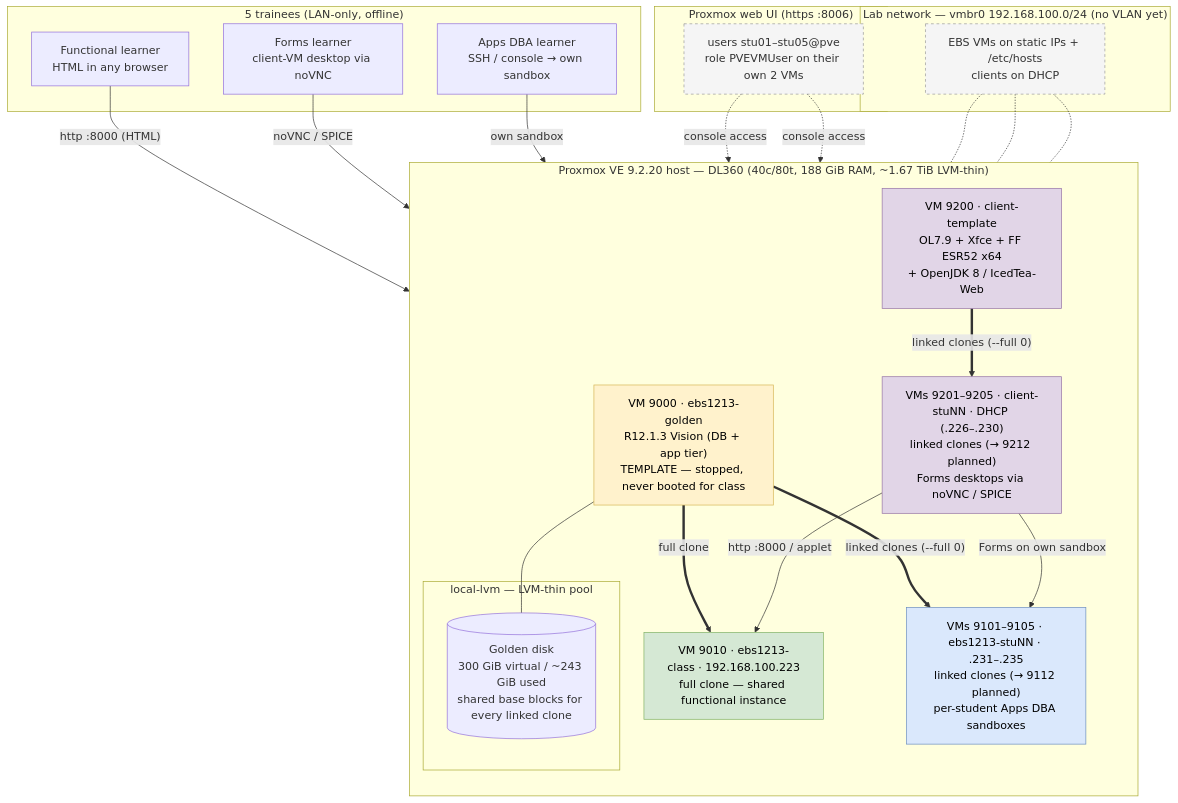
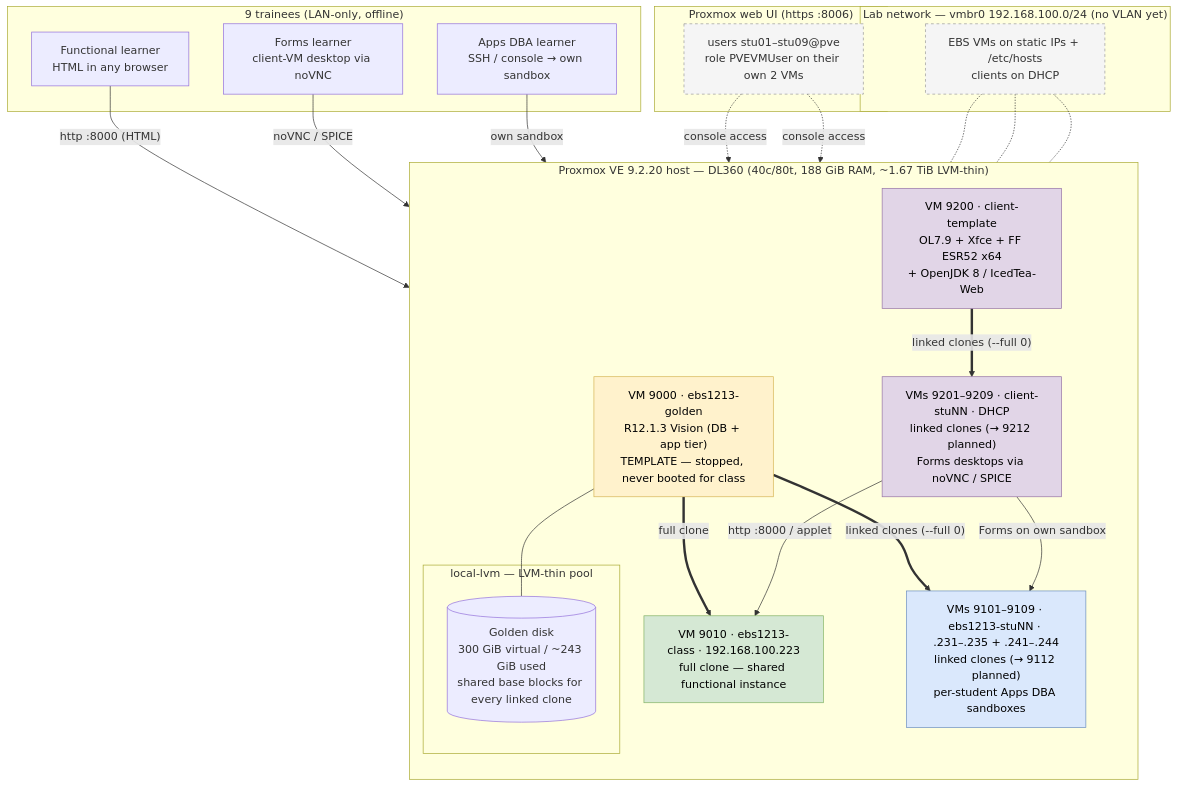
The diagram in README.md (CodelineAtyab/OracleEBSLocalHosting), drawn with Mermaid before and after one commit. The commit also changed other lines of this file and 20 other files, not shown here.

````diff
--- a/README.md
+++ b/README.md
@@ -63,58 +63,58 @@
 ```mermaid
 flowchart TB
     subgraph HOST["Proxmox VE 9.2.20 host — DL360 (40c/80t, 188 GiB RAM, ~1.67 TiB LVM-thin)"]
         direction TB
 
         subgraph STORE["local-lvm — LVM-thin pool"]
             GOLDDISK[("Golden disk<br/>300 GiB virtual / ~243 GiB used<br/>shared base blocks for every linked clone")]
         end
 
         GOLDEN["VM 9000 · ebs1213-golden<br/>R12.1.3 Vision (DB + app tier)<br/>TEMPLATE — stopped, never booted for class"]
         GOLDEN --- GOLDDISK
 
         CLASS["VM 9010 · ebs1213-class · 192.168.100.223<br/>full clone — shared functional instance"]
-        EBSBOX["VMs 9101–9105 · ebs1213-stuNN · .231–.235<br/>linked clones (→ 9112 planned)<br/>per-student Apps DBA sandboxes"]
+        EBSBOX["VMs 9101–9109 · ebs1213-stuNN · .231–.235 + .241–.244<br/>linked clones (→ 9112 planned)<br/>per-student Apps DBA sandboxes"]
         CTMPL["VM 9200 · client-template<br/>OL7.9 + Xfce + FF ESR52 x64<br/>+ OpenJDK 8 / IcedTea-Web"]
-        CLIENT["VMs 9201–9205 · client-stuNN · DHCP (.226–.230)<br/>linked clones (→ 9212 planned)<br/>Forms desktops via noVNC / SPICE"]
+        CLIENT["VMs 9201–9209 · client-stuNN · DHCP<br/>linked clones (→ 9212 planned)<br/>Forms desktops via noVNC / SPICE"]
 
         GOLDEN ==>|"full clone"| CLASS
         GOLDEN ==>|"linked clones (--full 0)"| EBSBOX
         CTMPL ==>|"linked clones (--full 0)"| CLIENT
     end
 
     subgraph NET["Lab network — vmbr0 192.168.100.0/24 (no VLAN yet)"]
         IPADDR["EBS VMs on static IPs + /etc/hosts<br/>clients on DHCP"]
     end
 
     subgraph PVEUI["Proxmox web UI (https :8006)"]
-        USERS["users stu01–stu05@pve<br/>role PVEVMUser on their own 2 VMs"]
+        USERS["users stu01–stu09@pve<br/>role PVEVMUser on their own 2 VMs"]
     end
 
-    subgraph WHO["5 trainees (LAN-only, offline)"]
+    subgraph WHO["9 trainees (LAN-only, offline)"]
         FUNC["Functional learner<br/>HTML in any browser"]
         ADM["Apps DBA learner<br/>SSH / console → own sandbox"]
         FORM["Forms learner<br/>client-VM desktop via noVNC"]
     end
 
     FUNC -->|"http :8000 (HTML)"| CLASS
     FORM -->|"noVNC / SPICE"| CLIENT
     CLIENT -->|"http :8000 / applet"| CLASS
     ADM -->|"own sandbox"| EBSBOX
     CLIENT -->|"Forms on own sandbox"| EBSBOX
     USERS -.->|"console access"| CLIENT
     USERS -.->|"console access"| EBSBOX
     IPADDR -.- CLASS
     IPADDR -.- EBSBOX
     IPADDR -.- CLIENT
 
     classDef golden fill:#fff2cc,stroke:#d6b656,color:#000;
     classDef classv fill:#d5e8d4,stroke:#82b366,color:#000;
     classDef sandbox fill:#dae8fc,stroke:#6c8ebf,color:#000;
     classDef client fill:#e1d5e7,stroke:#9673a6,color:#000;
     classDef idle fill:#f5f5f5,stroke:#999,stroke-dasharray:4,color:#333;
     class GOLDEN golden;
     class CLASS classv;
     class EBSBOX sandbox;
     class CTMPL,CLIENT client;
     class IPADDR,USERS idle;
 ```
````
